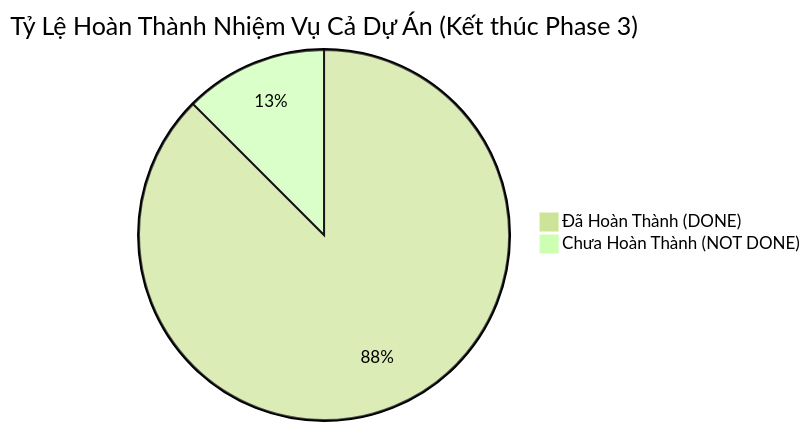
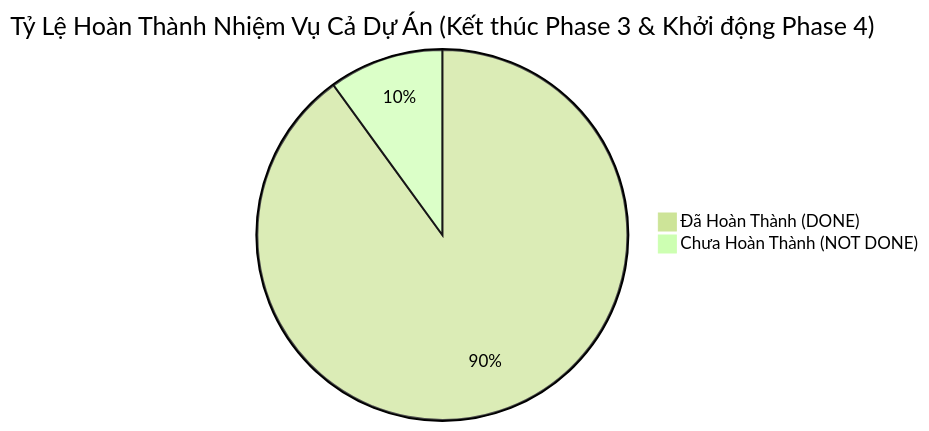
Before and after one commit to phattvh/DataStructure_ATM-Project: the first of 2 diagrams in docs/TIEN_DO_CONG_VIEC.md, drawn with Mermaid (forest theme). The commit also changed other lines of this file and 1 other file, not shown here.

Commit message:
feat(test): add test_asan target with ASan & UBSan and mark B11 as DONE

````diff
--- a/docs/TIEN_DO_CONG_VIEC.md
+++ b/docs/TIEN_DO_CONG_VIEC.md
@@ -10,5 +10,5 @@
 ```mermaid
-pie title Tỷ Lệ Hoàn Thành Nhiệm Vụ Cả Dự Án (Kết thúc Phase 3)
-    "Đã Hoàn Thành (DONE)" : 35
-    "Chưa Hoàn Thành (NOT DONE)" : 5
+pie title Tỷ Lệ Hoàn Thành Nhiệm Vụ Cả Dự Án (Kết thúc Phase 3 & Khởi động Phase 4)
+    "Đã Hoàn Thành (DONE)" : 36
+    "Chưa Hoàn Thành (NOT DONE)" : 4
 ```
````
